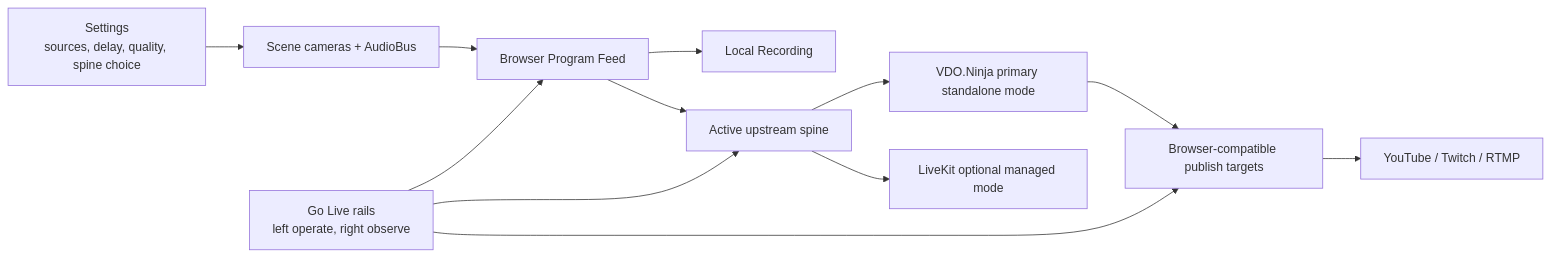
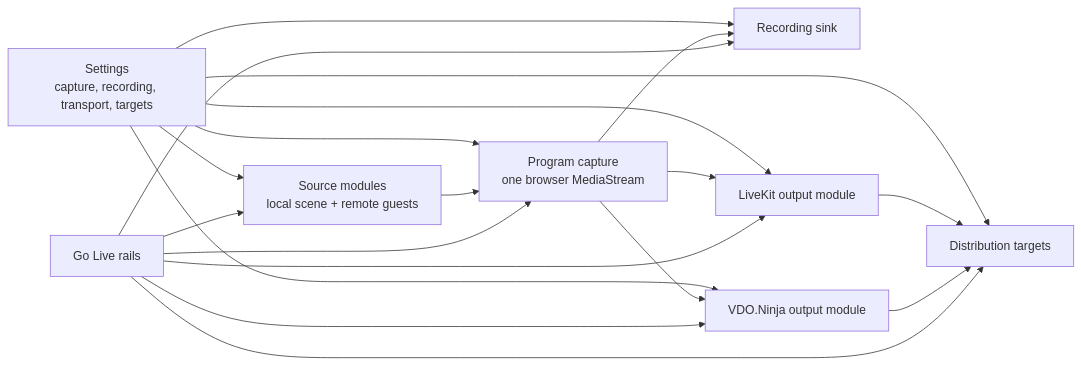
One commit to managedcode/PrompterLive changed the first of 4 diagrams in docs/Features/GoLiveRuntime.md. Above: the diagram before and after it, drawn with Mermaid. The commit also changed other lines of this file and 80 other files, not shown here.

Commit message:
Refactor Go Live streaming modules

````diff
--- a/docs/Features/GoLiveRuntime.md
+++ b/docs/Features/GoLiveRuntime.md
@@ -71,25 +75,30 @@
 ```mermaid
 flowchart LR
-    Settings["Settings<br/>sources, delay, quality, spine choice"]
-    Scene["Scene cameras + AudioBus"]
-    Program["Browser Program Feed"]
-    Record["Local Recording"]
-    Spine["Active upstream spine"]
-    Vdo["VDO.Ninja primary standalone mode"]
-    LiveKit["LiveKit optional managed mode"]
-    Targets["Browser-compatible publish targets"]
-    Platforms["YouTube / Twitch / RTMP"]
-    GoLive["Go Live rails<br/>left operate, right observe"]
+    Settings["Settings<br/>capture, recording, transport, targets"]
+    Sources["Source modules<br/>local scene + remote guests"]
+    Program["Program capture<br/>one browser MediaStream"]
+    Recording["Recording sink"]
+    LiveKit["LiveKit output module"]
+    Vdo["VDO.Ninja output module"]
+    Targets["Distribution targets"]
+    GoLive["Go Live rails"]
 
-    Settings --> Scene
-    Scene --> Program
-    Program --> Record
-    Program --> Spine
-    Spine --> Vdo
-    Spine --> LiveKit
+    Settings --> Sources
+    Settings --> Program
+    Settings --> Recording
+    Settings --> LiveKit
+    Settings --> Vdo
+    Settings --> Targets
+    Sources --> Program
+    Program --> Recording
+    Program --> LiveKit
+    Program --> Vdo
+    LiveKit --> Targets
     Vdo --> Targets
-    Targets --> Platforms
+    GoLive --> Sources
     GoLive --> Program
-    GoLive --> Spine
+    GoLive --> Recording
+    GoLive --> LiveKit
+    GoLive --> Vdo
     GoLive --> Targets
 ```
````
